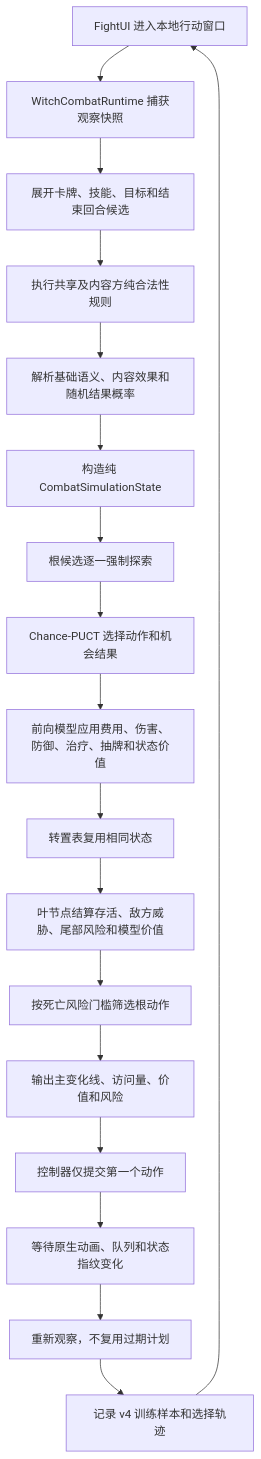
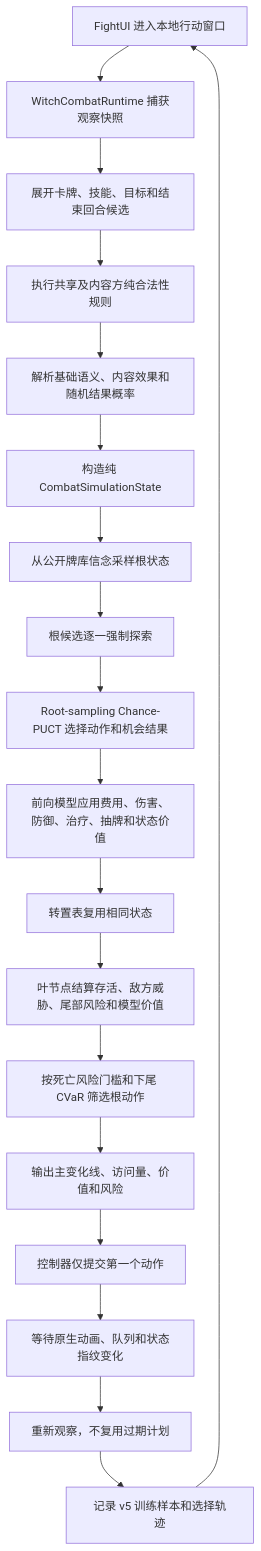
The diagram in docs/AuraCombatAI/13-阶段2风险约束Chance-PUCT与搜索引导.md (AuraKaliya/apocalyptic-journey-mod-SunExp), drawn with Mermaid before and after one commit. The commit also changed other lines of this file and 40 other files, not shown here.

````diff
--- a/docs/AuraCombatAI/13-阶段2风险约束Chance-PUCT与搜索引导.md
+++ b/docs/AuraCombatAI/13-阶段2风险约束Chance-PUCT与搜索引导.md
@@ -20,20 +20,21 @@
 ```mermaid
 flowchart TD
     A["FightUI 进入本地行动窗口"] --> B["WitchCombatRuntime 捕获观察快照"]
     B --> C["展开卡牌、技能、目标和结束回合候选"]
     C --> D["执行共享及内容方纯合法性规则"]
     D --> E["解析基础语义、内容效果和随机结果概率"]
     E --> F["构造纯 CombatSimulationState"]
-    F --> G["根候选逐一强制探索"]
-    G --> H["Chance-PUCT 选择动作和机会结果"]
+    F --> F1["从公开牌库信念采样根状态"]
+    F1 --> G["根候选逐一强制探索"]
+    G --> H["Root-sampling Chance-PUCT 选择动作和机会结果"]
     H --> I["前向模型应用费用、伤害、防御、治疗、抽牌和状态价值"]
     I --> J["转置表复用相同状态"]
     J --> K["叶节点结算存活、敌方威胁、尾部风险和模型价值"]
-    K --> L["按死亡风险门槛筛选根动作"]
+    K --> L["按死亡风险门槛和下尾 CVaR 筛选根动作"]
     L --> M["输出主变化线、访问量、价值和风险"]
     M --> N["控制器仅提交第一个动作"]
     N --> O["等待原生动画、队列和状态指纹变化"]
     O --> P["重新观察，不复用过期计划"]
-    P --> Q["记录 v4 训练样本和选择轨迹"]
+    P --> Q["记录 v5 训练样本和选择轨迹"]
     Q --> A
 ```
````
